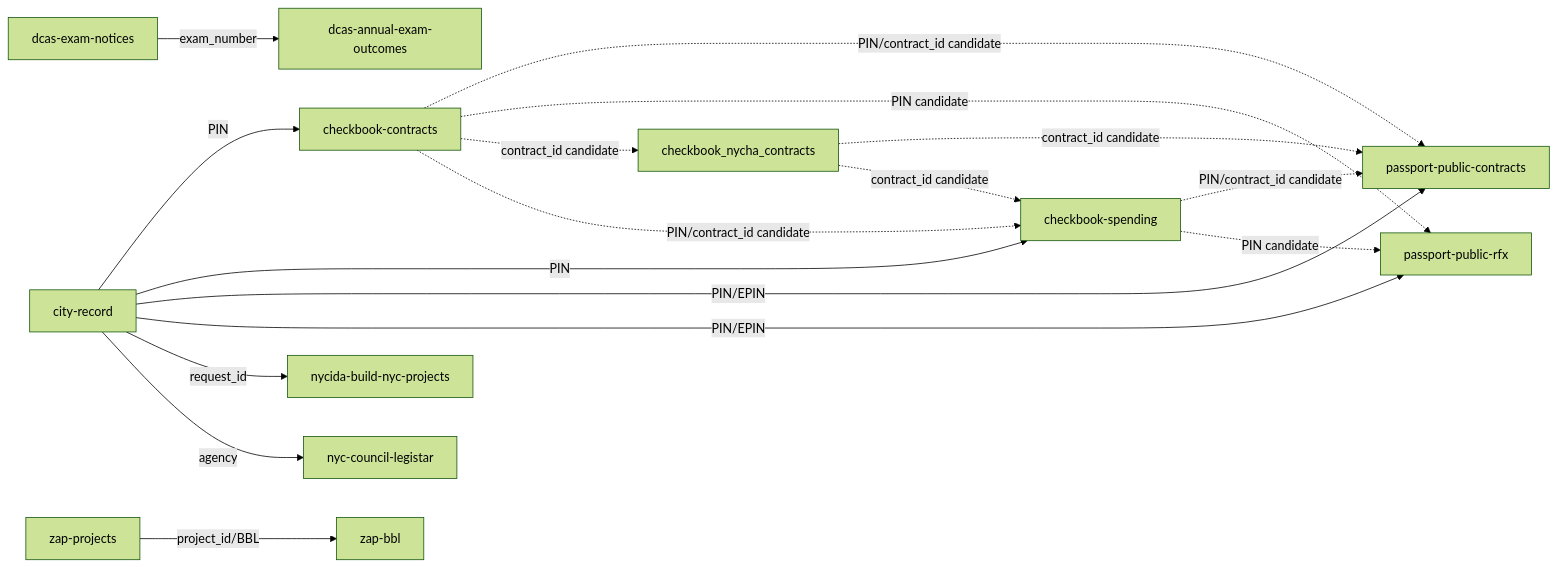
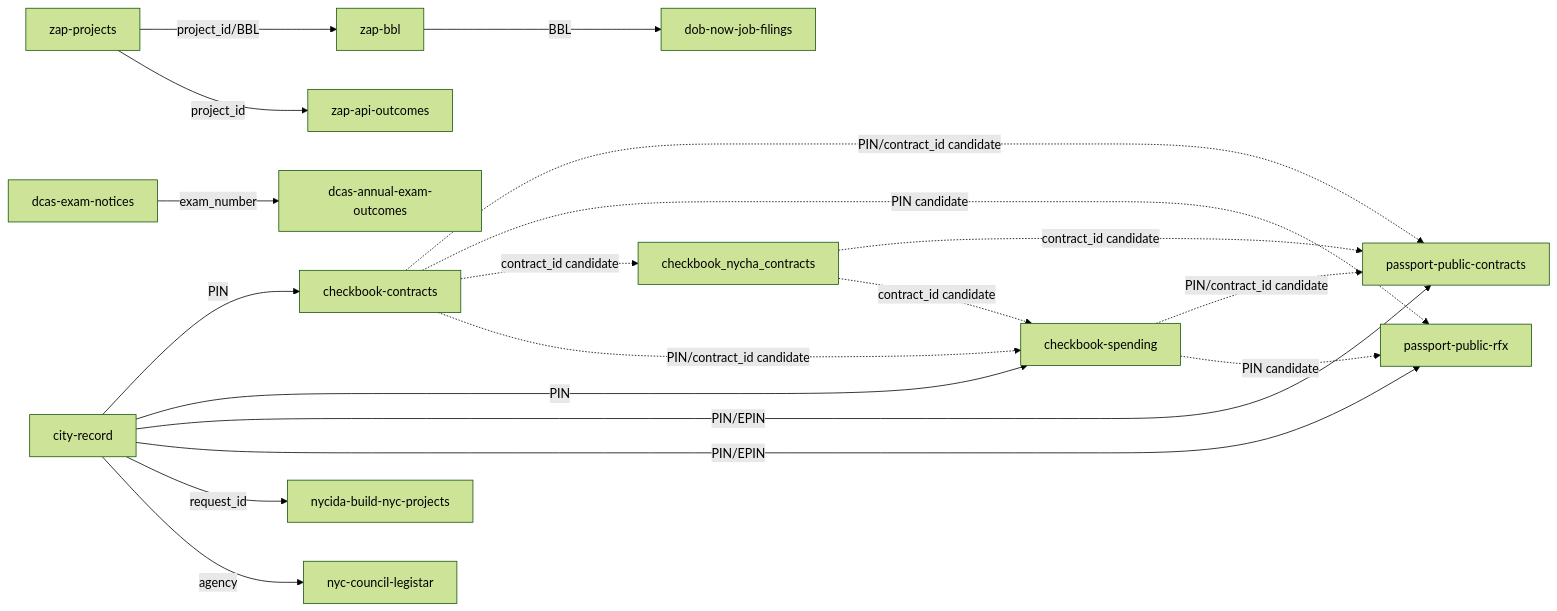
One commit to cityscroll/cityscroll-app changed the diagram in docs/gap-taxonomy.md. Above: the diagram before and after it, drawn with Mermaid (forest theme). The commit also changed other lines of this file and 38 other files, not shown here.

First line of the commit message:
Join ZAP decision documents and DOB filings onto land detail

````diff
--- a/docs/gap-taxonomy.md
+++ b/docs/gap-taxonomy.md
@@ -111,19 +114,21 @@
 ```mermaid
 graph LR
   city_record[city-record] -->|PIN| checkbook_contracts[checkbook-contracts]
   city_record[city-record] -->|PIN| checkbook_spending[checkbook-spending]
   city_record[city-record] -->|PIN/EPIN| passport_public_contracts[passport-public-contracts]
   city_record[city-record] -->|PIN/EPIN| passport_public_rfx[passport-public-rfx]
   city_record[city-record] -->|request_id| nycida_build_nyc_projects[nycida-build-nyc-projects]
   city_record[city-record] -->|agency| nyc_council_legistar[nyc-council-legistar]
   dcas_exam_notices[dcas-exam-notices] -->|exam_number| dcas_annual_exam_outcomes[dcas-annual-exam-outcomes]
+  zap_bbl[zap-bbl] -->|BBL| dob_now_job_filings[dob-now-job-filings]
   zap_projects[zap-projects] -->|project_id/BBL| zap_bbl[zap-bbl]
+  zap_projects[zap-projects] -->|project_id| zap_api_outcomes[zap-api-outcomes]
   checkbook_contracts-.->|PIN/contract_id candidate| passport_public_contracts
   checkbook_contracts-.->|PIN candidate| passport_public_rfx
   checkbook_nycha_contracts-.->|contract_id candidate| passport_public_contracts
   checkbook_spending-.->|PIN/contract_id candidate| passport_public_contracts
   checkbook_spending-.->|PIN candidate| passport_public_rfx
   checkbook_contracts-.->|contract_id candidate| checkbook_nycha_contracts
   checkbook_contracts-.->|PIN/contract_id candidate| checkbook_spending
   checkbook_nycha_contracts-.->|contract_id candidate| checkbook_spending
 ```
````
